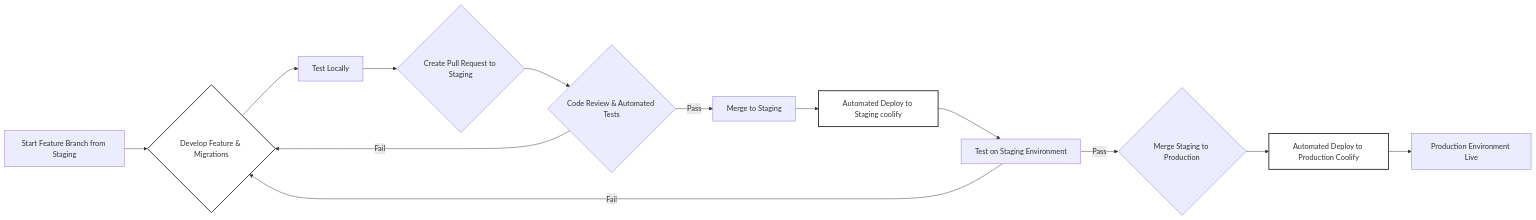
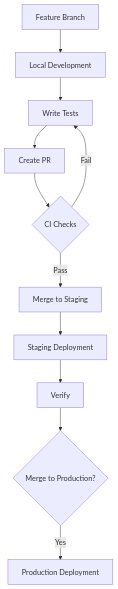
The second of 2 diagrams in documentation.md (tao101/Self-Hosted-Next.js-Supabase-Fullstack-Starter-Template), drawn with Mermaid before and after one commit. The commit also changed other lines of this file, not shown here.

First line of the commit message:
Refactor documentation to focus on architecture and deployment details

````diff
--- a/documentation.md
+++ b/documentation.md
@@ -111,18 +81,13 @@
 ```mermaid
-graph LR
-A[Start Feature Branch from Staging] --> B{Develop Feature & Migrations};
-B --> C[Test Locally];
-C --> D{Create Pull Request to Staging};
-D --> E{Code Review & Automated Tests};
-E -- Pass --> F[Merge to Staging];
-E -- Fail --> B;
-F --> G[Automated Deploy to Staging coolify];
-G --> H[Test on Staging Environment];
-H -- Pass --> I{Merge Staging to Production};
-H -- Fail --> B;
-I --> J[Automated Deploy to Production Coolify];
-J --> K[Production Environment Live];
-style B fill:#fff,stroke:#333,stroke-width:2px
-style G fill:#fff,stroke:#333,stroke-width:2px
-style J fill:#fff,stroke:#333,stroke-width:2px
+graph TD
+    A[Feature Branch] --> B[Local Development]
+    B --> C[Write Tests]
+    C --> D[Create PR]
+    D --> E{CI Checks}
+    E -->|Pass| F[Merge to Staging]
+    E -->|Fail| C
+    F --> G[Staging Deployment]
+    G --> H[Verify]
+    H --> I{Merge to Production?}
+    I -->|Yes| J[Production Deployment]
 ```
````
